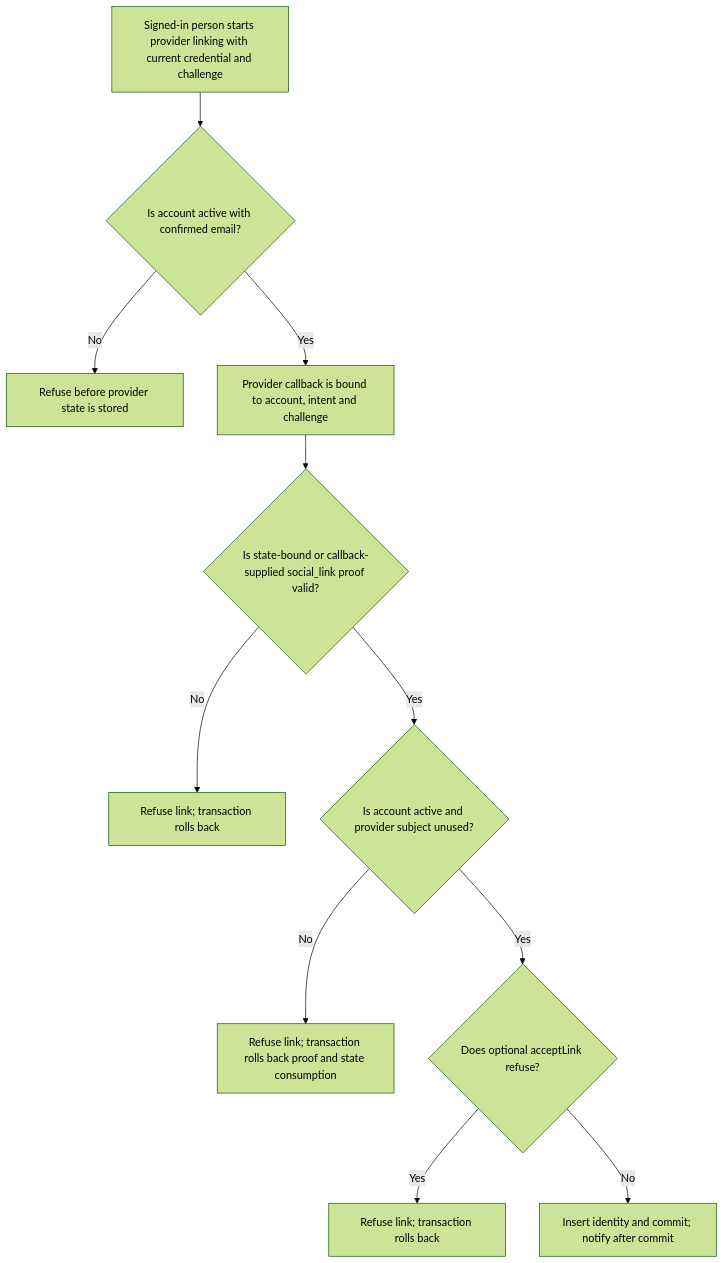
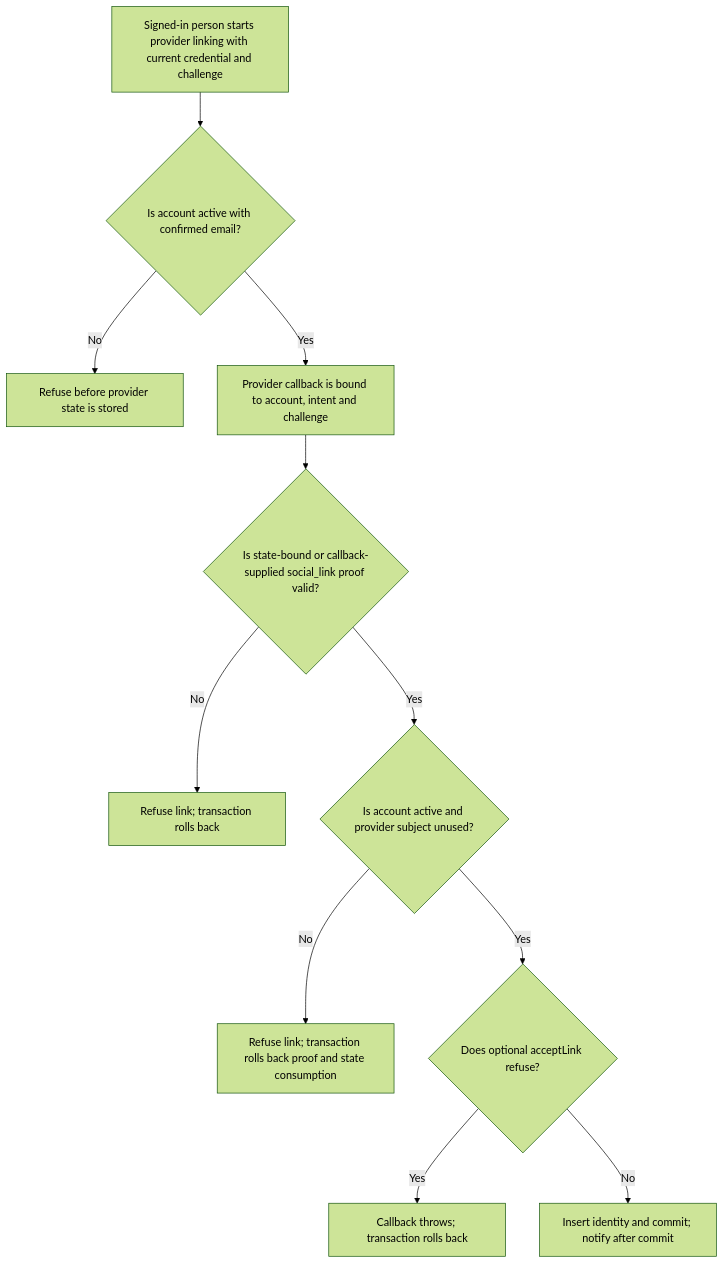
One commit to Kevinjohn/oss-adonisjs-account-kit changed the first of 2 diagrams in user-stories/US-ACCOUNT-21-link-social-identity.md. Above: the diagram before and after it, drawn with Mermaid (forest theme). The commit also changed other lines of this file and 43 other files, not shown here.

````diff
--- a/user-stories/US-ACCOUNT-21-link-social-identity.md
+++ b/user-stories/US-ACCOUNT-21-link-social-identity.md
@@ -18,13 +18,13 @@
 ```mermaid
 flowchart TD
  A["Signed-in person starts provider linking with current credential and challenge"] --> B{"Is account active with confirmed email?"}
  B -->|No| C["Refuse before provider state is stored"]
  B -->|Yes| D["Provider callback is bound to account, intent and challenge"]
  D --> E{"Is state-bound or callback-supplied social_link proof valid?"}
  E -->|No| F["Refuse link; transaction rolls back"]
  E -->|Yes| G{"Is account active and provider subject unused?"}
  G -->|No| H["Refuse link; transaction rolls back proof and state consumption"]
  G -->|Yes| I{"Does optional acceptLink refuse?"}
- I -->|Yes| J["Refuse link; transaction rolls back"]
+ I -->|Yes| J["Callback throws; transaction rolls back"]
  I -->|No| K["Insert identity and commit; notify after commit"]
 ```
````
